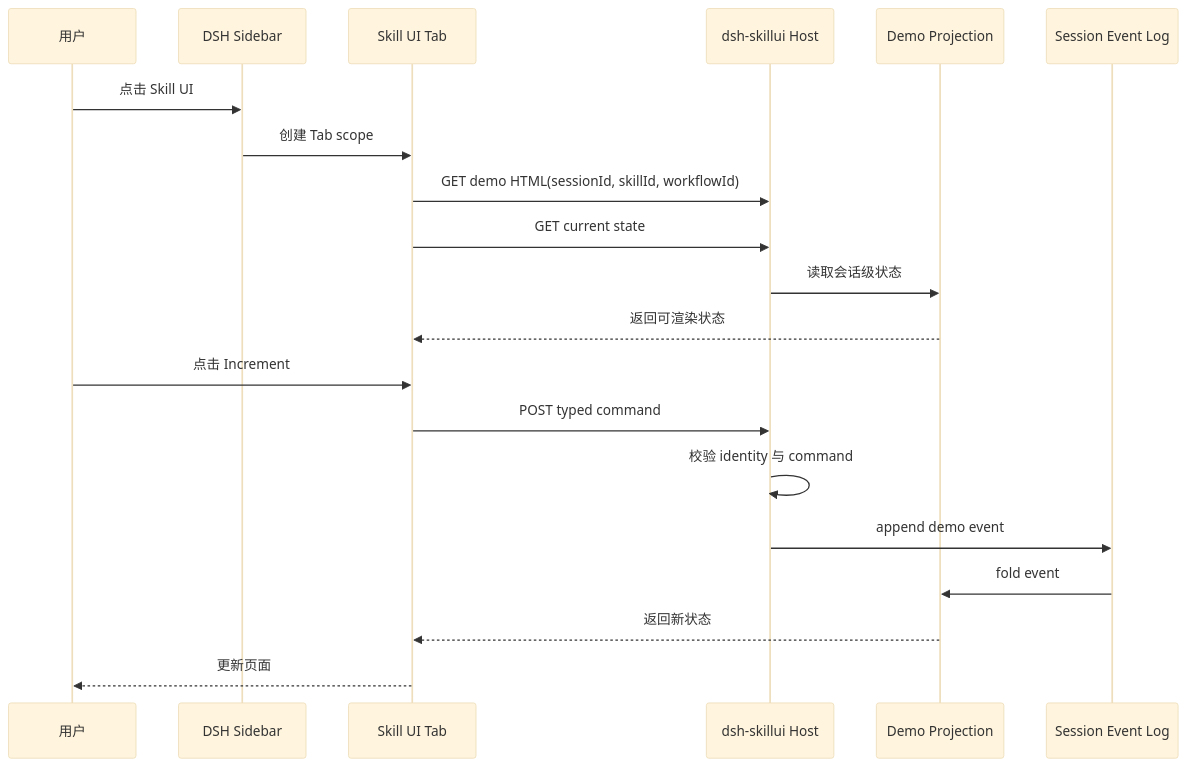
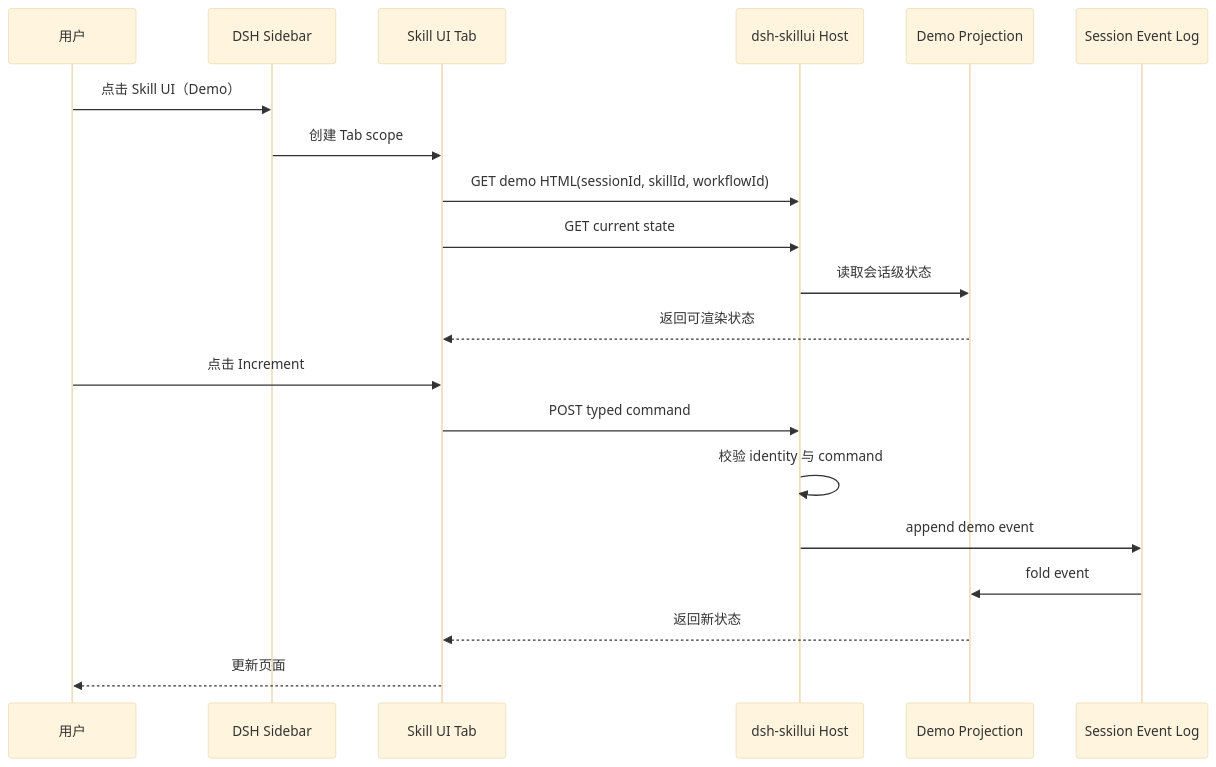
Before and after one commit to jaikensai888/dsh-skillui: the diagram in docs/superpowers/specs/2026-08-28-dsh-skillui-mvp-design.md, drawn with Mermaid (base theme). The commit also changed other lines of this file and 24 other files, not shown here.

````diff
--- a/docs/superpowers/specs/2026-08-28-dsh-skillui-mvp-design.md
+++ b/docs/superpowers/specs/2026-08-28-dsh-skillui-mvp-design.md
@@ -25,23 +27,23 @@
 ```mermaid
 sequenceDiagram
     participant U as 用户
     participant S as DSH Sidebar
     participant T as Skill UI Tab
     participant H as dsh-skillui Host
     participant P as Demo Projection
     participant E as Session Event Log
 
-    U->>S: 点击 Skill UI
+    U->>S: 点击 Skill UI（Demo）
     S->>T: 创建 Tab scope
     T->>H: GET demo HTML(sessionId, skillId, workflowId)
     T->>H: GET current state
     H->>P: 读取会话级状态
     P-->>T: 返回可渲染状态
     U->>T: 点击 Increment
     T->>H: POST typed command
     H->>H: 校验 identity 与 command
     H->>E: append demo event
     E->>P: fold event
     P-->>T: 返回新状态
     T-->>U: 更新页面
 ```
````
